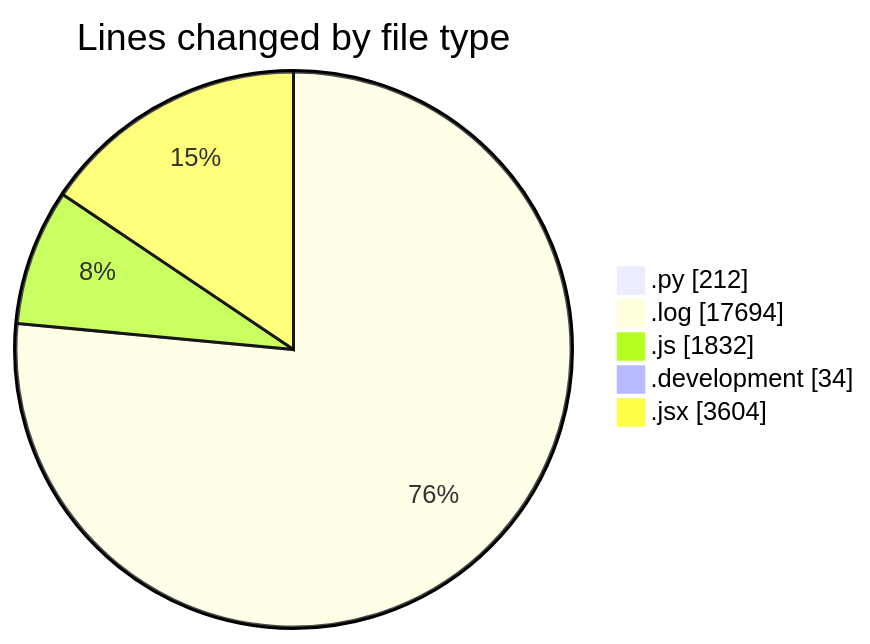
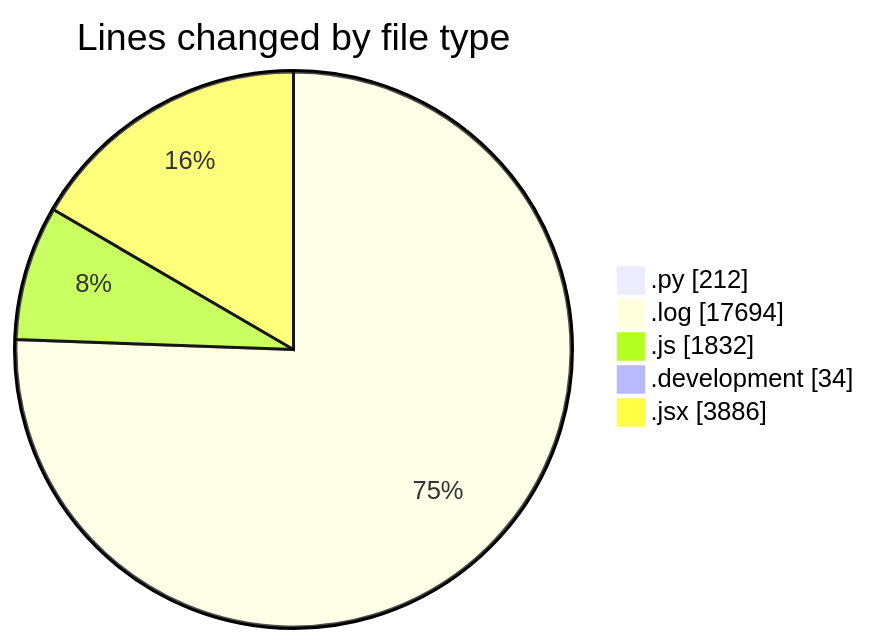
One commit to nxtqubesakshisongat/code-tracking changed the first of 2 diagrams in 2025-04-19/nxtqube_webapp/README.md. Above: the diagram before and after it, drawn with Mermaid. The commit also changed other lines of this file and 1 other file, not shown here.

````diff
--- a/2025-04-19/nxtqube_webapp/README.md
+++ b/2025-04-19/nxtqube_webapp/README.md
@@ -43,9 +43,9 @@
 ```mermaid
 pie showData
 title Lines changed by file type
 ".py" : 212
 ".log" : 17694
 ".js" : 1832
 ".development" : 34
-".jsx" : 3604
+".jsx" : 3886
 ```
````
